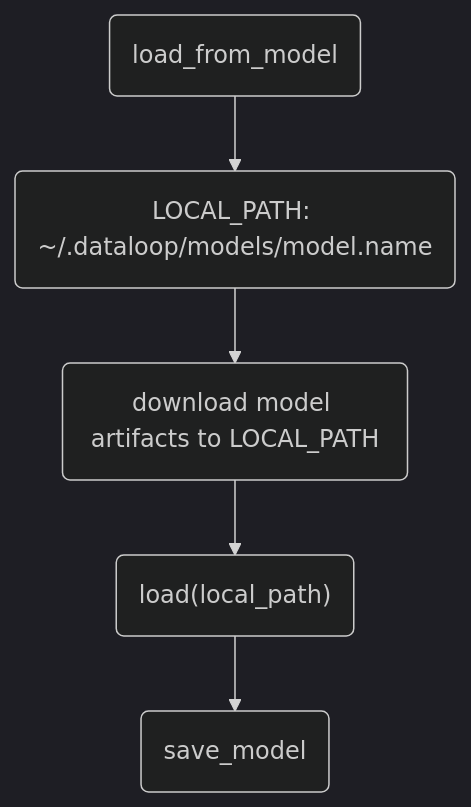
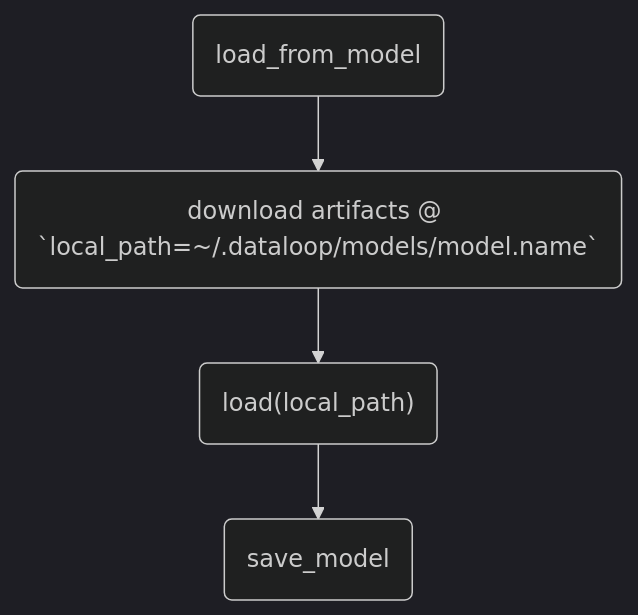
The first of 5 diagrams in docs_build/tutorials_templates/model_management/advance/model_adapter_flows/chapter.md (dataloop-ai/dtlpy-documentation), drawn with Mermaid (dark theme) before and after one commit. The commit also changed other lines of this file and 2 other files, not shown here.

Commit message:
model adapter flows

````diff
--- a/docs_build/tutorials_templates/model_management/advance/model_adapter_flows/chapter.md
+++ b/docs_build/tutorials_templates/model_management/advance/model_adapter_flows/chapter.md
@@ -4,8 +6,7 @@
 ```mermaid
 flowchart TD
     id1(load_from_model)-->
-    id2(LOCAL_PATH: ~/.dataloop/models/model.name)-->
-    id3(download model artifacts to LOCAL_PATH)-->
-    id4("load(local_path)")-->
-    id5(save_model)
+    id2("download artifacts @ `local_path=~/.dataloop/models/model.name`")-->
+    id3("load(local_path)")-->
+    id4(save_model)
 ```
````
